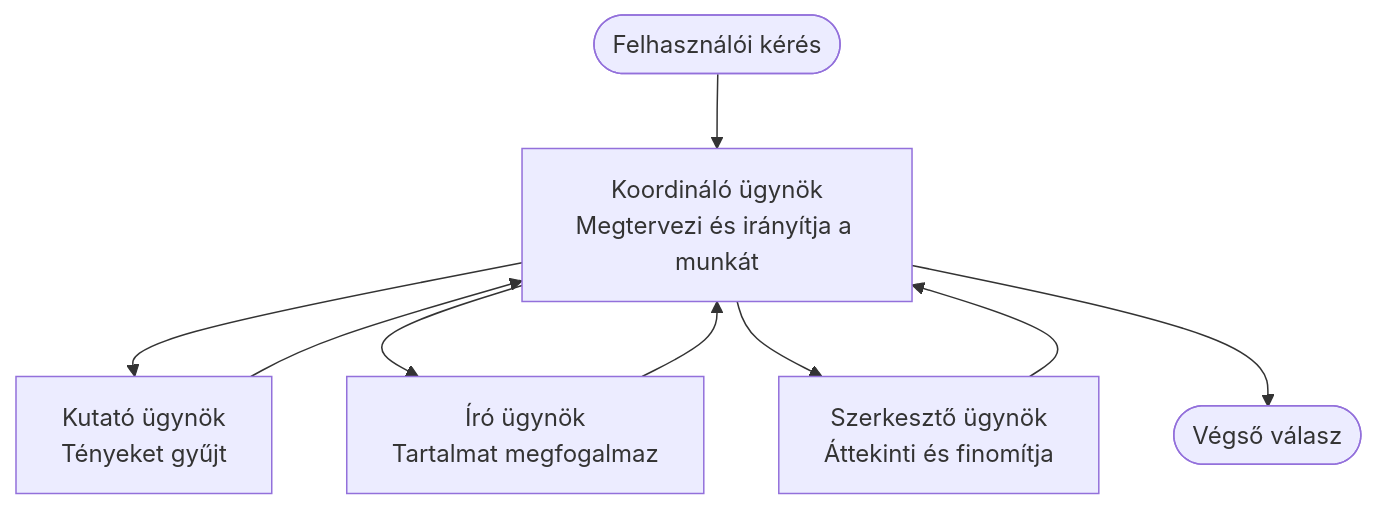
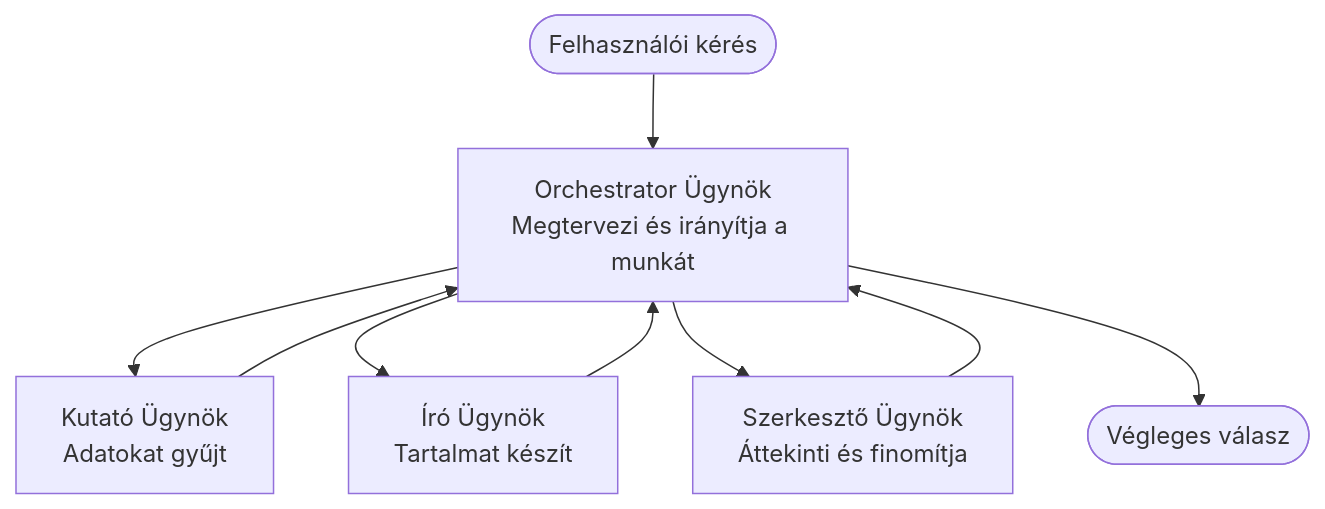
One commit to microsoft/AZD-for-beginners changed the diagram in translations/hu/docs/chapter-05-multi-agent/multi-agent-basics.md. Above: the diagram before and after it, drawn with Mermaid. The commit also changed other lines of this file and 61 other files, not shown here.

````diff
--- a/translations/hu/docs/chapter-05-multi-agent/multi-agent-basics.md
+++ b/translations/hu/docs/chapter-05-multi-agent/multi-agent-basics.md
@@ -43,11 +43,11 @@
 ```mermaid
 graph TD
-    User([Felhasználói kérés]) --> Orchestrator[Koordináló ügynök<br/>Megtervezi és irányítja a munkát]
-    Orchestrator --> Researcher[Kutató ügynök<br/>Tényeket gyűjt]
-    Orchestrator --> Writer[Író ügynök<br/>Tartalmat megfogalmaz]
-    Orchestrator --> Editor[Szerkesztő ügynök<br/>Áttekinti és finomítja]
+    User([Felhasználói kérés]) --> Orchestrator[Orchestrator Ügynök<br/>Megtervezi és irányítja a munkát]
+    Orchestrator --> Researcher[Kutató Ügynök<br/>Adatokat gyűjt]
+    Orchestrator --> Writer[Író Ügynök<br/>Tartalmat készít]
+    Orchestrator --> Editor[Szerkesztő Ügynök<br/>Áttekinti és finomítja]
     Researcher --> Orchestrator
     Writer --> Orchestrator
     Editor --> Orchestrator
-    Orchestrator --> Result([Végső válasz])
+    Orchestrator --> Result([Végleges válasz])
 ```
````
